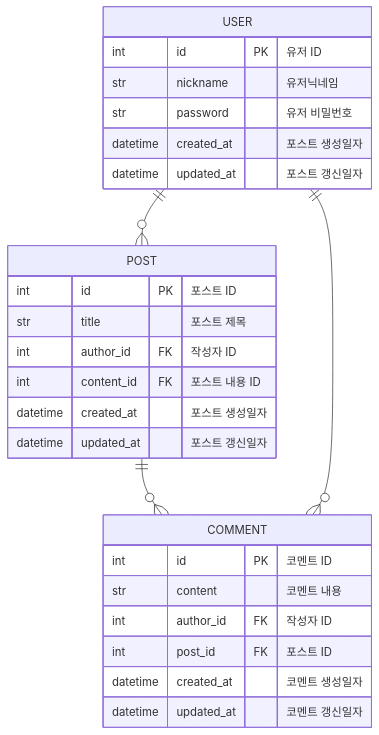
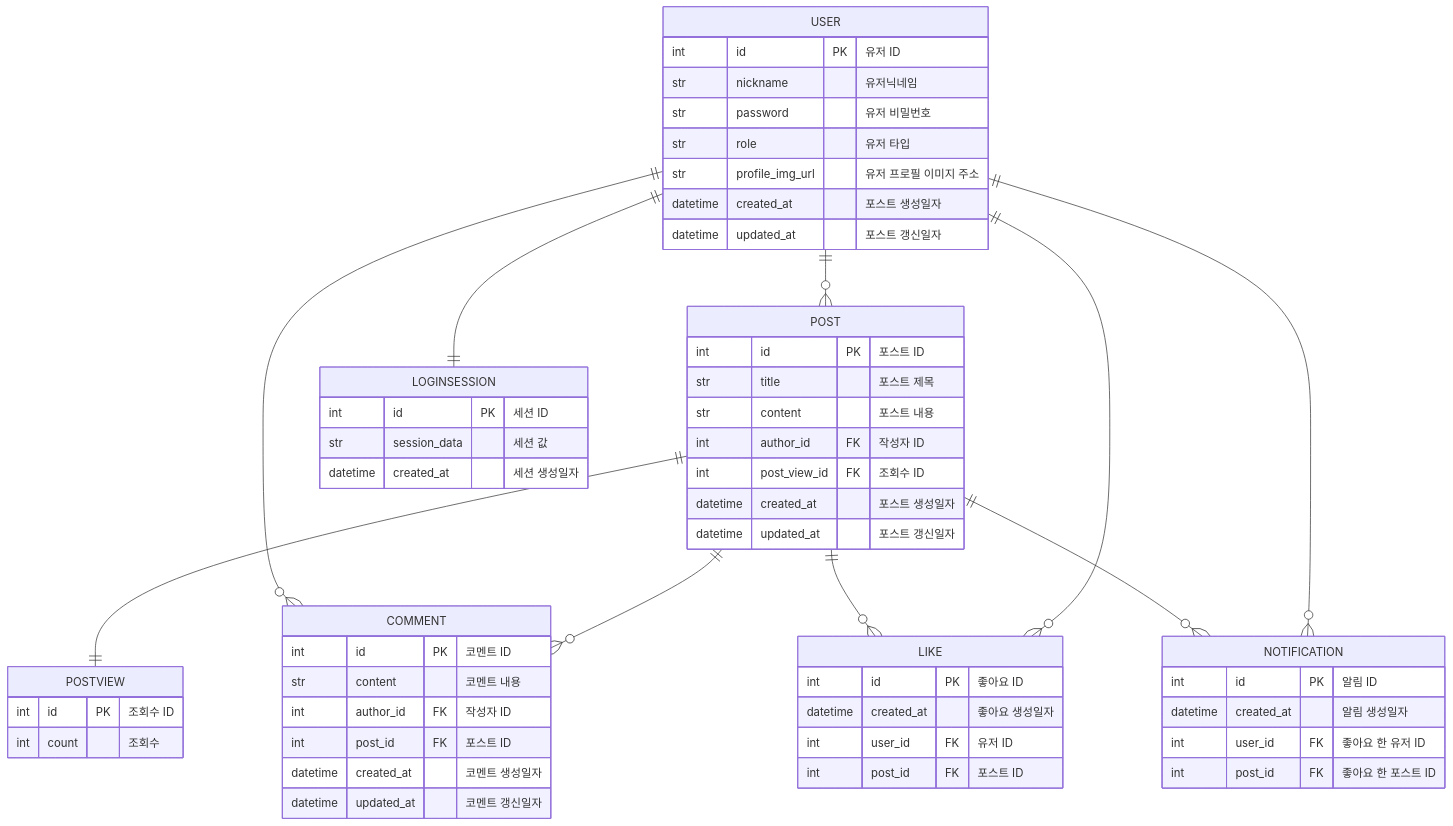
One commit to ksg9482/fastapi-post changed the diagram in README.md. Above: the diagram before and after it, drawn with Mermaid. The commit also changed 5 other files, not shown here.

First line of the commit message:
[Feature/img] User에 프로필 이미지 구현 (#24)

````diff
--- a/README.md
+++ b/README.md
@@ -108,31 +108,65 @@
 ```mermaid
 erDiagram
     POST ||--o{ COMMENT:""
     POST {
         int id PK "포스트 ID"
         str title "포스트 제목"
+        str content "포스트 내용"
         int author_id FK "작성자 ID"
-        int content_id FK "포스트 내용 ID"
+        int post_view_id FK "조회수 ID"
         datetime created_at "포스트 생성일자"
         datetime updated_at "포스트 갱신일자"
+    }
+
+    POST ||--|| POSTVIEW:""
+    POSTVIEW {
+        int id PK "조회수 ID"
+        int count "조회수"
     }
 
     USER ||--o{ POST: ""
     USER ||--o{ COMMENT: ""
     USER {
         int id PK "유저 ID"
         str nickname "유저닉네임"
         str password "유저 비밀번호"
+        str role "유저 타입"
+        str profile_img_url "유저 프로필 이미지 주소"
         datetime created_at "포스트 생성일자"
         datetime updated_at "포스트 갱신일자"
+    }
+
+    USER ||--|| LOGINSESSION: ""
+    LOGINSESSION {
+        int id PK "세션 ID"
+        str session_data "세션 값"
+        datetime created_at "세션 생성일자"
     }
 
     COMMENT {
         int id PK "코멘트 ID"
         str content "코멘트 내용"
         int author_id FK "작성자 ID"
         int post_id FK "포스트 ID"
         datetime created_at "코멘트 생성일자"
         datetime updated_at "코멘트 갱신일자"
     }
+
+    USER ||--o{ LIKE: ""
+    POST ||--o{ LIKE: ""
+    LIKE {
+        int id PK "좋아요 ID"
+        datetime created_at "좋아요 생성일자"
+        int user_id FK "유저 ID"
+        int post_id FK "포스트 ID"
+    }
+
+    USER ||--o{ NOTIFICATION: ""
+    POST ||--o{ NOTIFICATION: ""
+    NOTIFICATION {
+        int id PK "알림 ID"
+        datetime created_at "알림 생성일자"
+        int user_id FK "좋아요 한 유저 ID"
+        int post_id FK "좋아요 한 포스트 ID"
+    }
 ```
````
